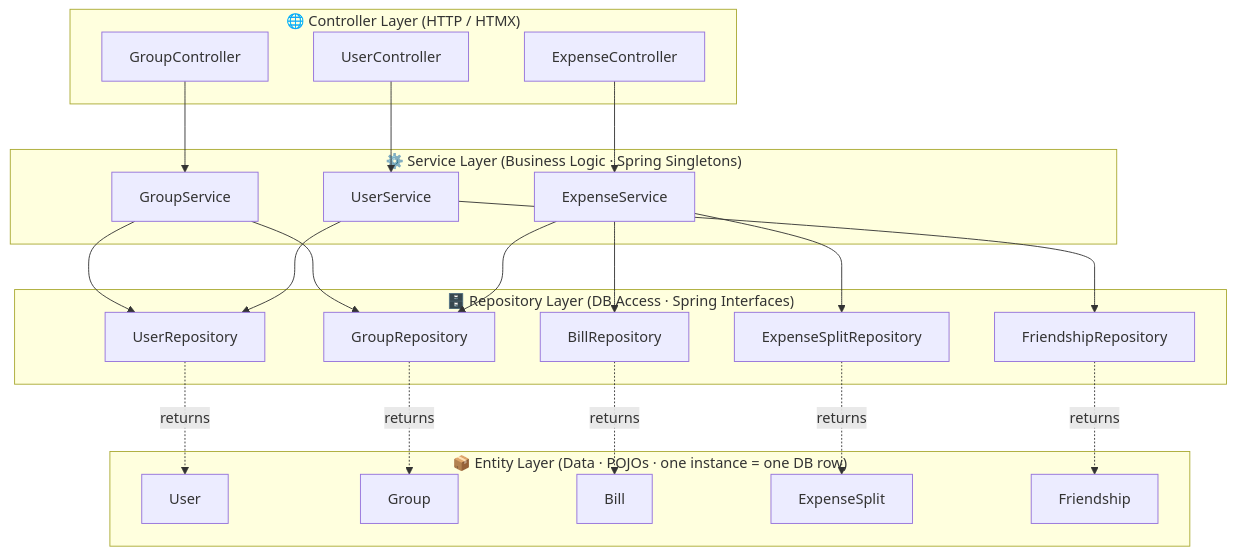
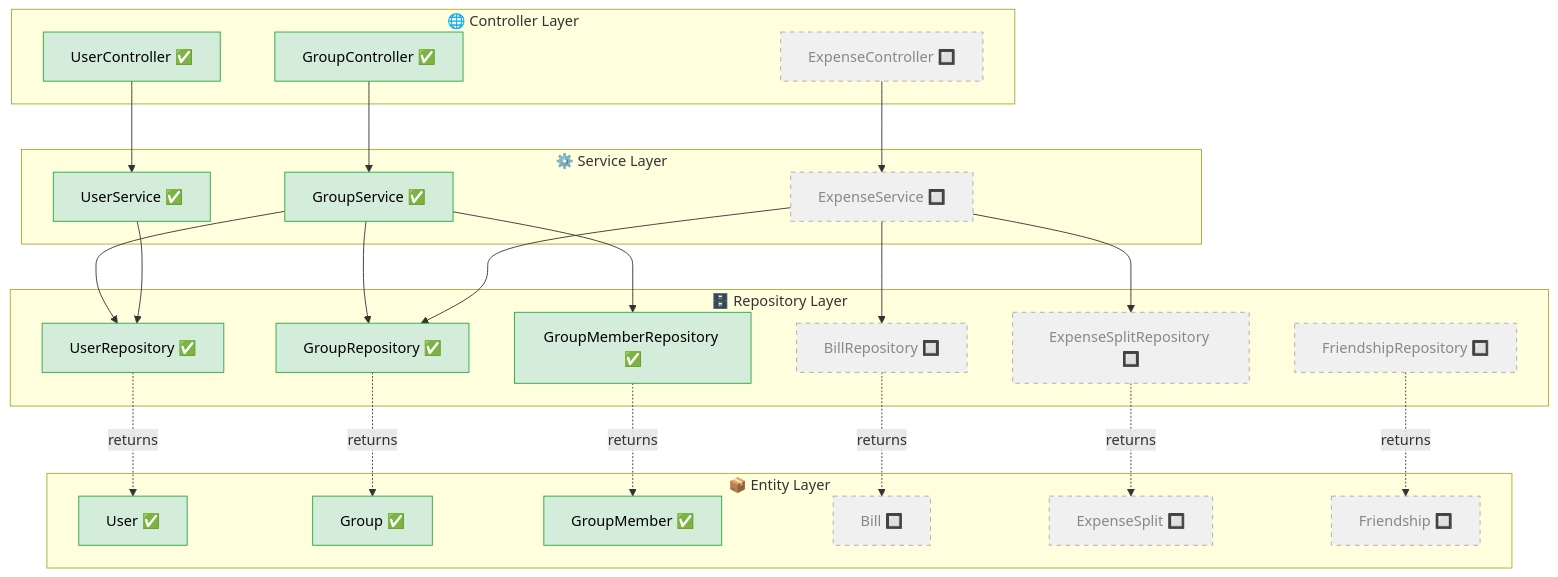
Before and after one commit to emberfox205/teilr: the first of 4 diagrams in ClassDiagram.md, drawn with Mermaid. The commit also changed other lines of this file and 15 other files, not shown here.

Commit message:
code: Group and User related class | update: Class Diagram

````diff
--- a/ClassDiagram.md
+++ b/ClassDiagram.md
@@ -5,48 +8,54 @@
 ```mermaid
 flowchart TB
-    subgraph CONTROLLER ["🌐 Controller Layer  (HTTP / HTMX)"]
-        GC["GroupController"]
-        EC["ExpenseController"]
-        UC["UserController"]
+    classDef coded fill:#d4edda,stroke:#28a745,color:#000
+    classDef planned fill:#f0f0f0,stroke:#aaaaaa,color:#888,stroke-dasharray: 5 5
+
+    subgraph CONTROLLER ["🌐 Controller Layer"]
+        GC["GroupController ✅"]:::coded
+        UC["UserController ✅"]:::coded
+        EC["ExpenseController 🔲"]:::planned
     end
 
-    subgraph SERVICE ["⚙️ Service Layer  (Business Logic · Spring Singletons)"]
-        GS["GroupService"]
-        ES["ExpenseService"]
-        US["UserService"]
+    subgraph SERVICE ["⚙️ Service Layer"]
+        GS["GroupService ✅"]:::coded
+        US["UserService ✅"]:::coded
+        ES["ExpenseService 🔲"]:::planned
     end
 
-    subgraph REPO ["🗄️ Repository Layer  (DB Access · Spring Interfaces)"]
-        GR["GroupRepository"]
-        BR["BillRepository"]
-        ER["ExpenseSplitRepository"]
-        UR["UserRepository"]
-        FR["FriendshipRepository"]
+    subgraph REPO ["🗄️ Repository Layer"]
+        GR["GroupRepository ✅"]:::coded
+        GMR["GroupMemberRepository ✅"]:::coded
+        UR["UserRepository ✅"]:::coded
+        BR["BillRepository 🔲"]:::planned
+        ER["ExpenseSplitRepository 🔲"]:::planned
+        FR["FriendshipRepository 🔲"]:::planned
     end
 
-    subgraph ENTITY ["📦 Entity Layer  (Data · POJOs · one instance = one DB row)"]
-        U["User"]
-        G["Group"]
-        B["Bill"]
-        EX["ExpenseSplit"]
-        F["Friendship"]
+    subgraph ENTITY ["📦 Entity Layer"]
+        U["User ✅"]:::coded
+        G["Group ✅"]:::coded
+        GM["GroupMember ✅"]:::coded
+        B["Bill 🔲"]:::planned
+        EX["ExpenseSplit 🔲"]:::planned
+        F["Friendship 🔲"]:::planned
     end
 
     GC --> GS
+    UC --> US
     EC --> ES
-    UC --> US
 
     GS --> GR
+    GS --> GMR
     GS --> UR
+    US --> UR
     ES --> BR
     ES --> ER
     ES --> GR
-    US --> UR
-    US --> FR
 
     GR -.->|returns| G
+    GMR -.->|returns| GM
+    UR -.->|returns| U
     BR -.->|returns| B
     ER -.->|returns| EX
-    UR -.->|returns| U
     FR -.->|returns| F
 ```
````
